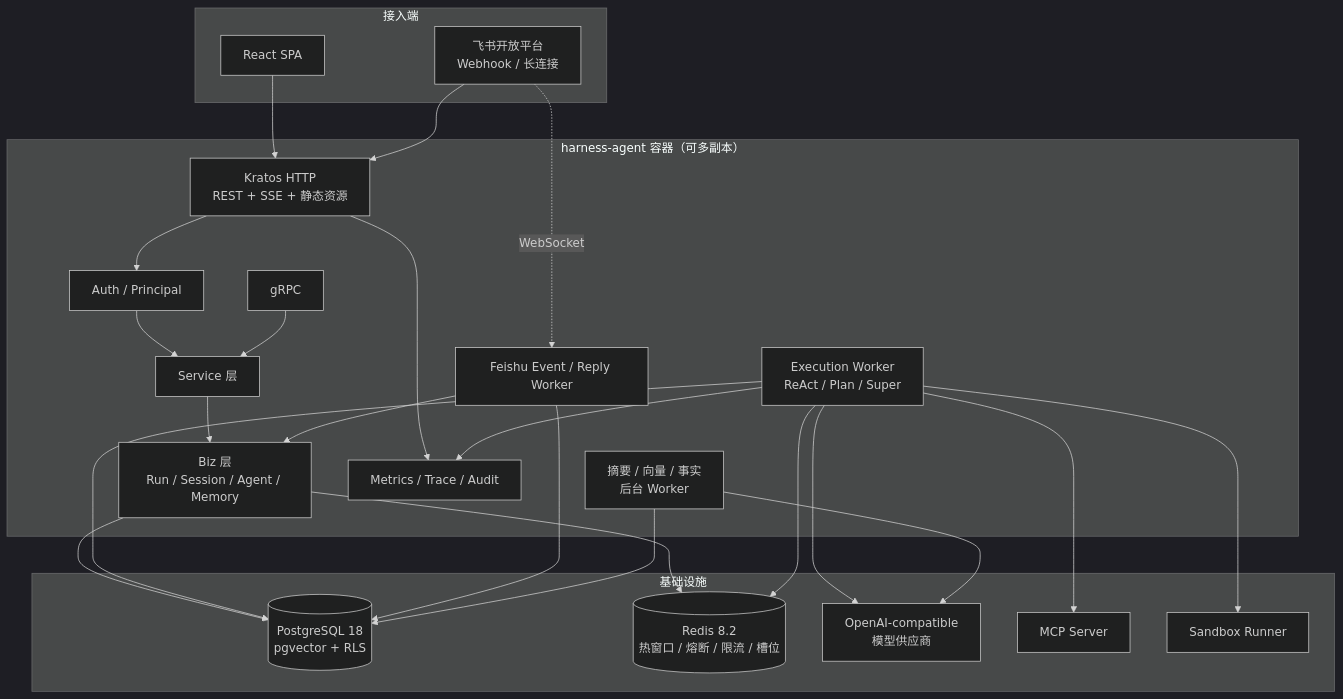
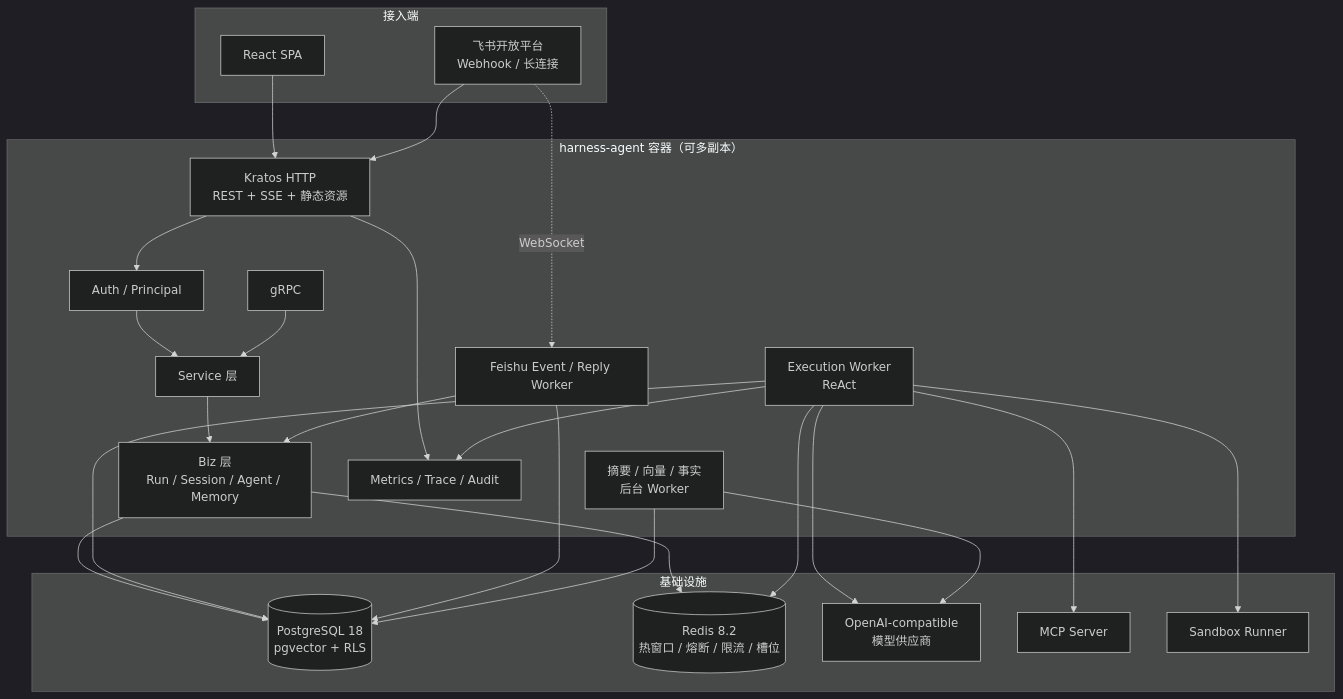
Before and after one commit to Mark-Panda/harness-agent: the first of 5 diagrams in docs/technical-implementation.md, drawn with Mermaid (dark theme). The commit also changed other lines of this file and 99 other files, not shown here.

First line of the commit message:
refactor: 移除 Plan 与 Supervisor 模式，仅保留 ReAct

````diff
--- a/docs/technical-implementation.md
+++ b/docs/technical-implementation.md
@@ -87,47 +87,47 @@
 ```mermaid
 graph TB
     subgraph Client["接入端"]
         Web["React SPA"]
         Feishu["飞书开放平台<br/>Webhook / 长连接"]
     end
 
     subgraph App["harness-agent 容器（可多副本）"]
         HTTP["Kratos HTTP<br/>REST + SSE + 静态资源"]
         GRPC["gRPC"]
         Auth["Auth / Principal"]
         Svc["Service 层"]
         Biz["Biz 层<br/>Run / Session / Agent / Memory"]
-        Worker["Execution Worker<br/>ReAct / Plan / Super"]
+        Worker["Execution Worker<br/>ReAct"]
         FWorker["Feishu Event / Reply Worker"]
         BG["摘要 / 向量 / 事实<br/>后台 Worker"]
         Obs["Metrics / Trace / Audit"]
     end
 
     subgraph Infra["基础设施"]
         PG[("PostgreSQL 18<br/>pgvector + RLS")]
         Redis[("Redis 8.2<br/>热窗口 / 熔断 / 限流 / 槽位")]
         LLM["OpenAI-compatible<br/>模型供应商"]
         MCP["MCP Server"]
         Sandbox["Sandbox Runner"]
     end
 
     Web --> HTTP
     Feishu --> HTTP
     Feishu -.WebSocket.-> FWorker
 
     HTTP --> Auth --> Svc --> Biz
     GRPC --> Svc
     Biz --> PG
     Biz --> Redis
     Worker --> PG
     Worker --> Redis
     Worker --> LLM
     Worker --> MCP
     Worker --> Sandbox
     FWorker --> PG
     FWorker --> Biz
     BG --> PG
     BG --> LLM
     HTTP --> Obs
     Worker --> Obs
 ```
````
